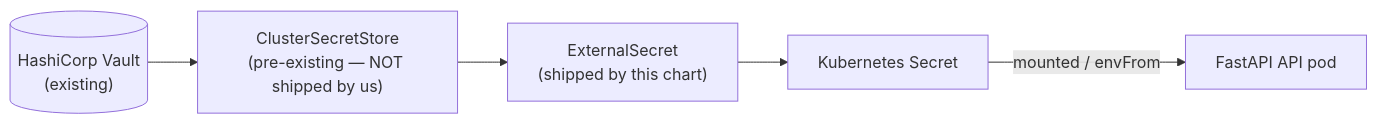
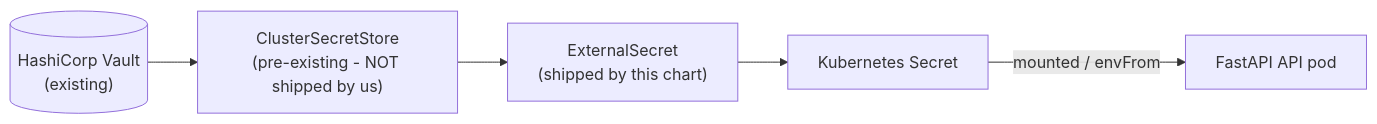
The sixth of 7 diagrams in docs/ARCHITECTURE.md (black-cloudlet/serverless), drawn with Mermaid before and after one commit. The commit also changed other lines of this file and 67 other files, not shown here.

````diff
--- a/docs/ARCHITECTURE.md
+++ b/docs/ARCHITECTURE.md
@@ -567,13 +618,13 @@
 ```mermaid
 flowchart LR
     V[("HashiCorp Vault<br/>(existing)")]
-    SS["ClusterSecretStore<br/>(pre-existing — NOT shipped by us)"]
+    SS["ClusterSecretStore<br/>(pre-existing - NOT shipped by us)"]
     ES["ExternalSecret<br/>(shipped by this chart)"]
     K8S["Kubernetes Secret"]
     POD["FastAPI API pod"]
 
     V --> SS
     SS --> ES
     ES --> K8S
     K8S -->|"mounted / envFrom"| POD
 ```
````
